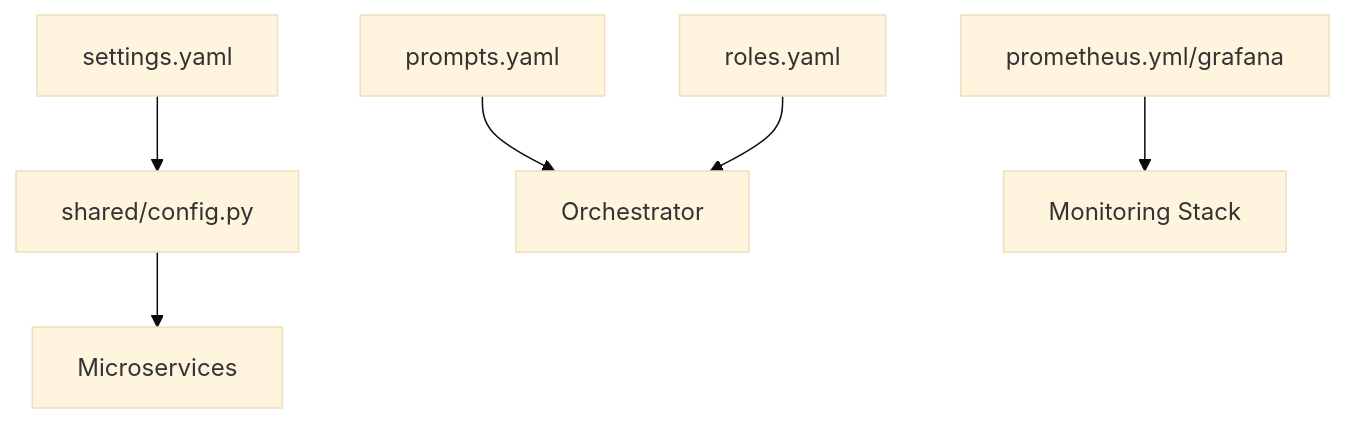
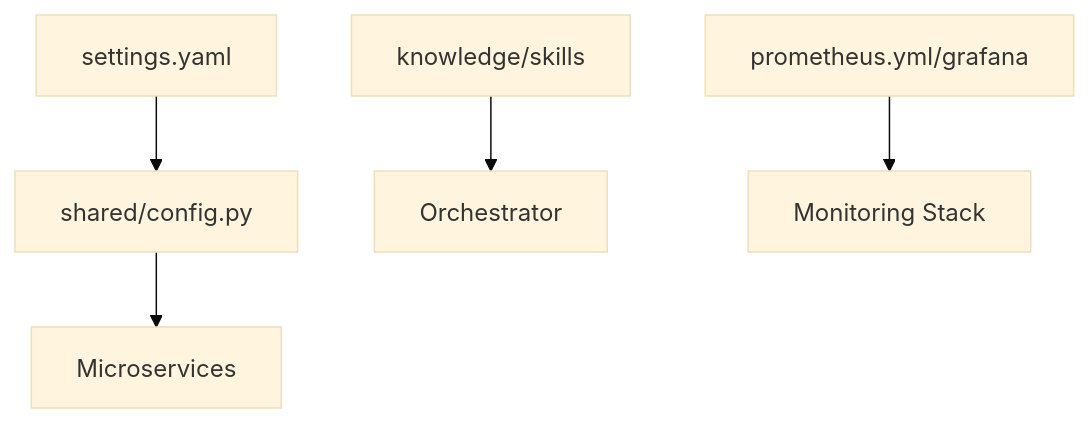
Before and after one commit to azzindani/Kea: the diagram in configs/README.md, drawn with Mermaid (base theme). The commit also changed other lines of this file and 124 other files, not shown here.

````diff
--- a/configs/README.md
+++ b/configs/README.md
@@ -20,10 +19,9 @@
 ```mermaid
 graph TD
     YAML[settings.yaml] --> Config[shared/config.py]
     Config --> Services[Microservices]
     
-    Prompts[prompts.yaml] --> Orch[Orchestrator]
-    Roles[roles.yaml] --> Orch
+    Knowledge[knowledge/skills] --> Orch[Orchestrator]
     
     Monitor[prometheus.yml/grafana] --> Stack[Monitoring Stack]
 ```
````
